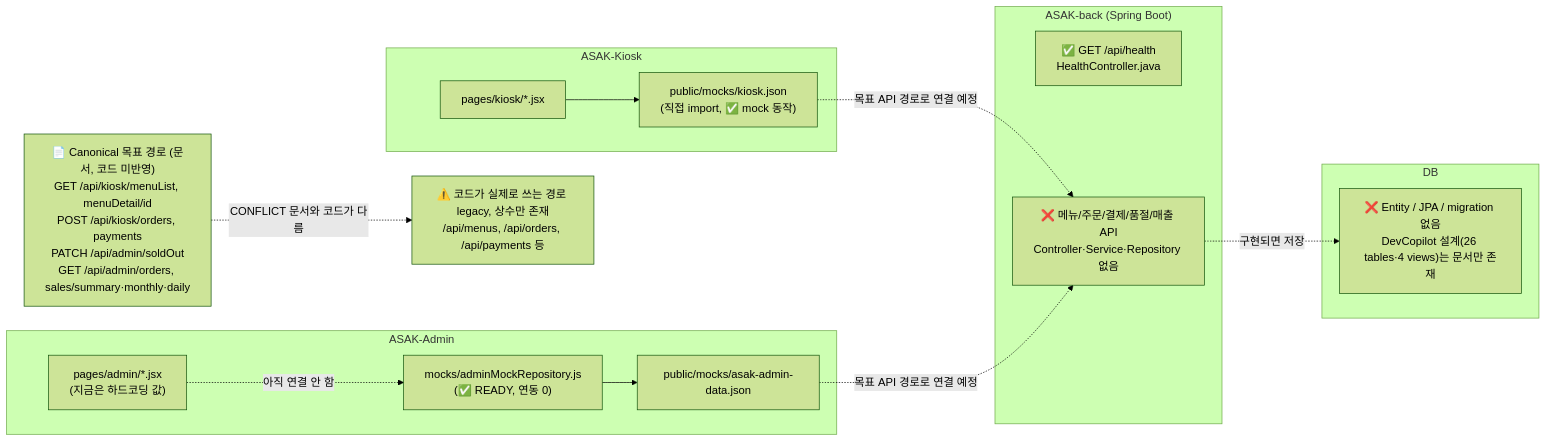
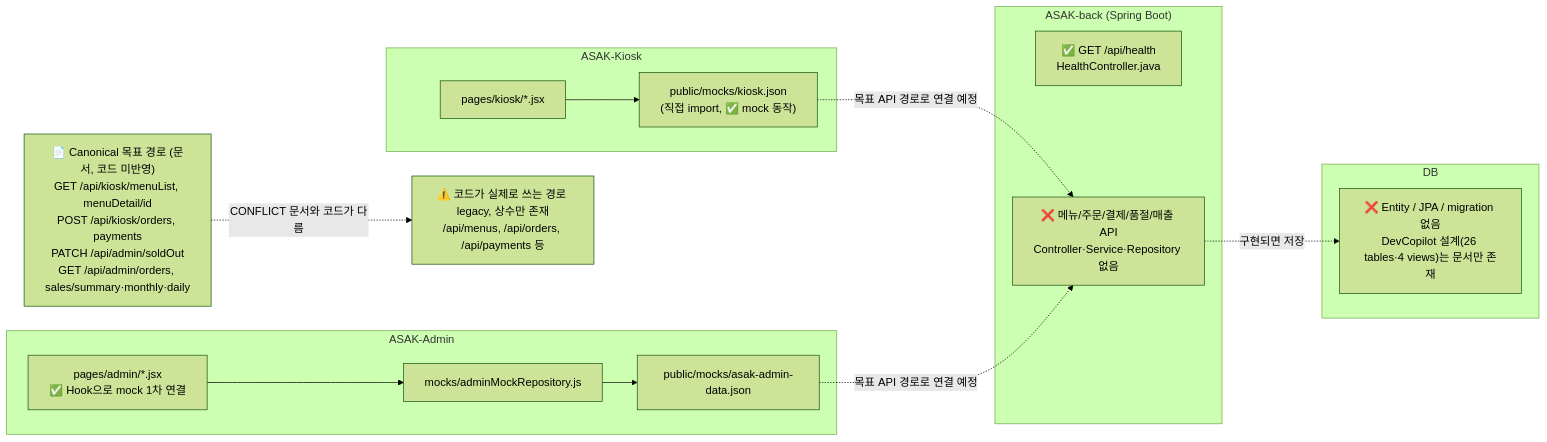
Before and after one commit to hagenie128/ASAK: the fourth of 6 diagrams in docs/wiki/project-flow.md, drawn with Mermaid (forest theme). The commit also changed other lines of this file and 25 other files, not shown here.

````diff
--- a/docs/wiki/project-flow.md
+++ b/docs/wiki/project-flow.md
@@ -136,32 +139,32 @@
 ```mermaid
 flowchart LR
     subgraph K["ASAK-Kiosk"]
         K1["pages/kiosk/*.jsx"]
         K2["public/mocks/kiosk.json<br/>(직접 import, ✅ mock 동작)"]
         K1 --> K2
     end
 
     subgraph AD["ASAK-Admin"]
-        A1["pages/admin/*.jsx<br/>(지금은 하드코딩 값)"]
-        A2["mocks/adminMockRepository.js<br/>(✅ READY, 연동 0)"]
+        A1["pages/admin/*.jsx<br/>✅ Hook으로 mock 1차 연결"]
+        A2["mocks/adminMockRepository.js"]
         A3["public/mocks/asak-admin-data.json"]
-        A1 -. 아직 연결 안 함 .-> A2 --> A3
+        A1 --> A2 --> A3
     end
 
     subgraph B["ASAK-back (Spring Boot)"]
         B1["✅ GET /api/health<br/>HealthController.java"]
         B2["❌ 메뉴/주문/결제/품절/매출 API<br/>Controller·Service·Repository 없음"]
     end
 
     subgraph DB["DB"]
         D1["❌ Entity / JPA / migration 없음<br/>DevCopilot 설계(26 tables·4 views)는 문서만 존재"]
     end
 
     K2 -. 목표 API 경로로 연결 예정 .-> B2
     A3 -. 목표 API 경로로 연결 예정 .-> B2
     B2 -. 구현되면 저장 .-> D1
 
     Canon["📄 Canonical 목표 경로 (문서, 코드 미반영)<br/>GET /api/kiosk/menuList, menuDetail/id<br/>POST /api/kiosk/orders, payments<br/>PATCH /api/admin/soldOut<br/>GET /api/admin/orders, sales/summary·monthly·daily"]
     LegacyCode["⚠️ 코드가 실제로 쓰는 경로 legacy, 상수만 존재<br/>/api/menus, /api/orders, /api/payments 등"]
     Canon -. CONFLICT 문서와 코드가 다름 .-> LegacyCode
 ```
````
